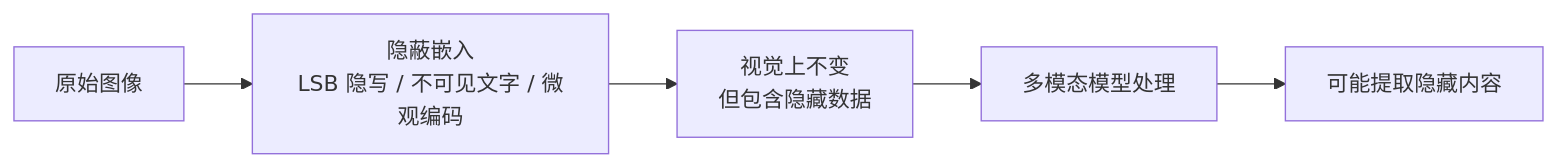
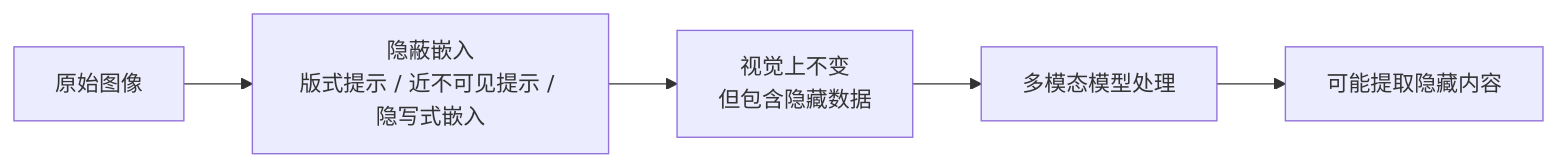
The second of 3 diagrams in 05_jailbreak/5.3_multimodal_attacks.md (yeasy/ai_security_guide), drawn with Mermaid before and after one commit. The commit also changed other lines of this file and 15 other files, not shown here.

````diff
--- a/05_jailbreak/5.3_multimodal_attacks.md
+++ b/05_jailbreak/5.3_multimodal_attacks.md
@@ -61,7 +61,7 @@
 ```mermaid
 flowchart LR
-    A["原始图像"] --> B["隐蔽嵌入<br/>LSB 隐写 / 不可见文字 / 微观编码"]
+    A["原始图像"] --> B["隐蔽嵌入<br/>版式提示 / 近不可见提示 / 隐写式嵌入"]
     B --> C["视觉上不变<br/>但包含隐藏数据"]
     C --> D["多模态模型处理"]
     D --> E["可能提取隐藏内容"]
 ```
````
